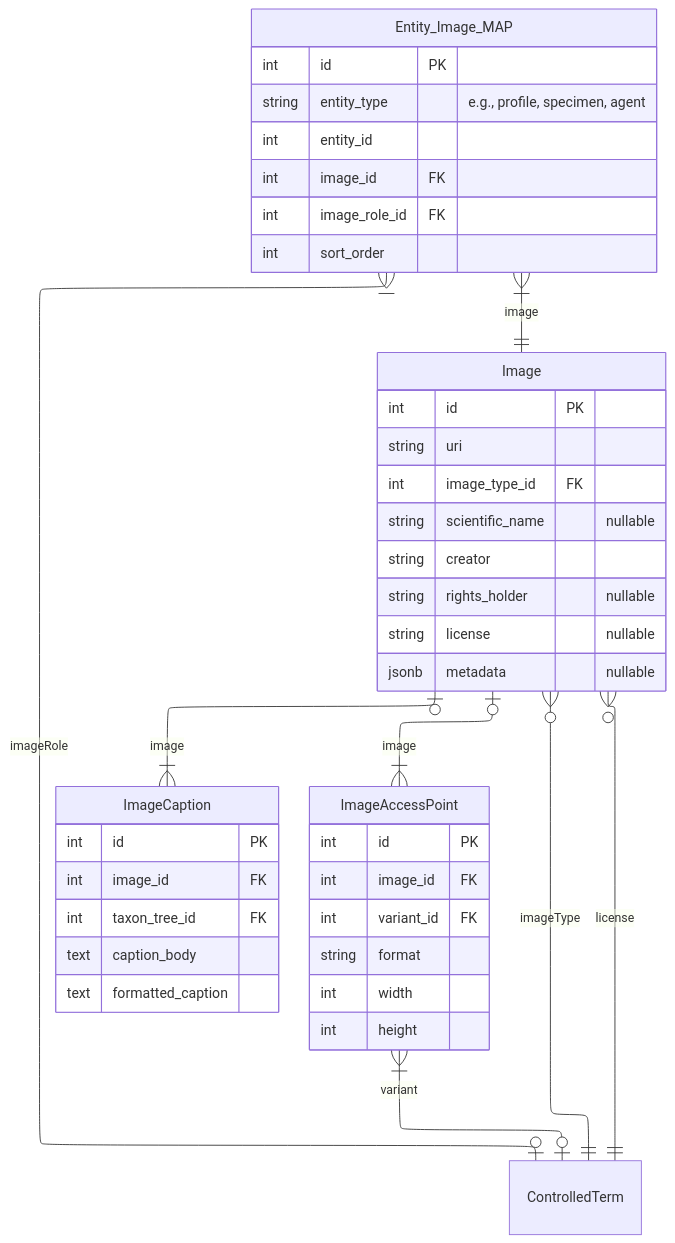
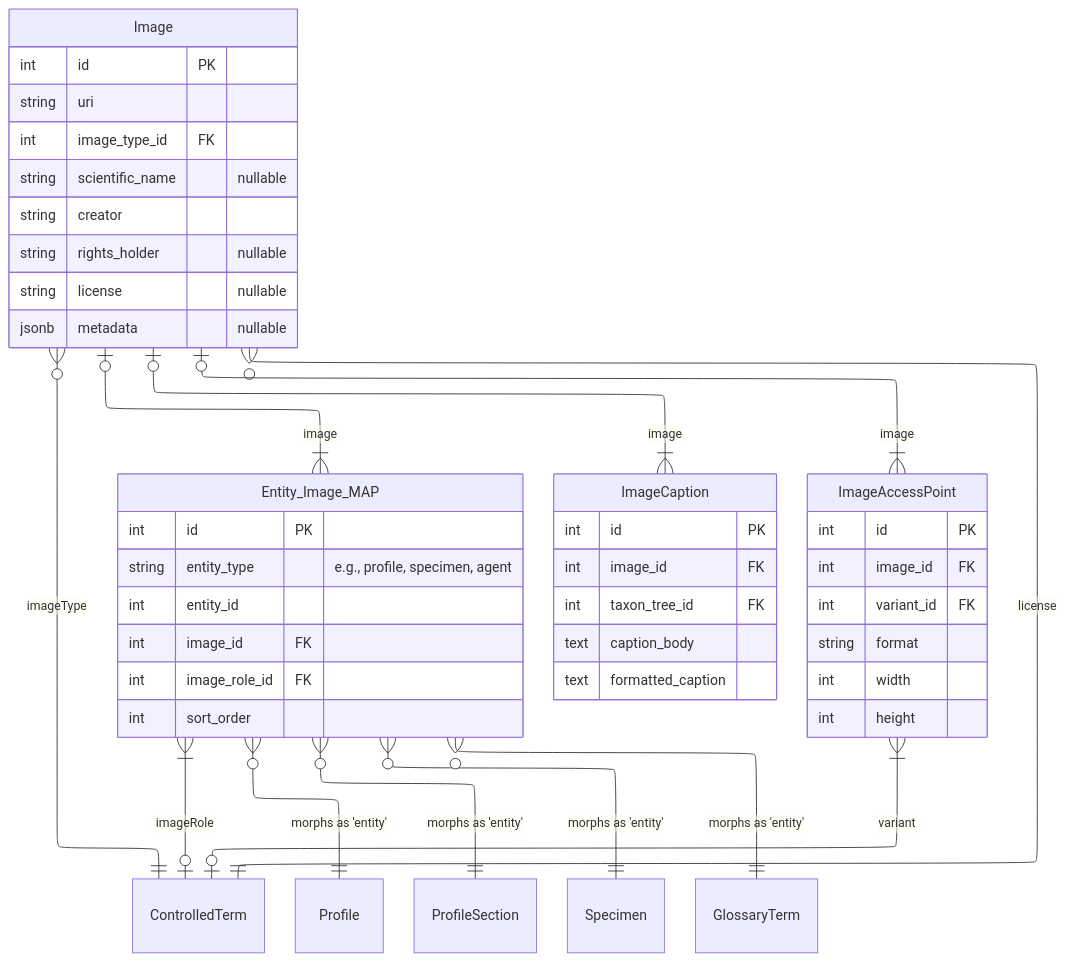
One commit to vicflora/vicflora-data-model-2026 changed diagram 14 of 18 in docs/layers.md. Above: the diagram before and after it, drawn with Mermaid. The commit also changed other lines of this file and 2 other files, not shown here.

````diff
--- a/docs/layers.md
+++ b/docs/layers.md
@@ -751,55 +835,60 @@
 ```mermaid
 ---
 config:
   layout: elk
 ---
 erDiagram
-    Entity_Image_MAP }|--|| Image : "image"
+    Image |o--|{ Entity_Image_MAP : "image"
     Entity_Image_MAP }|--o| ControlledTerm : "imageRole"
+
+    Entity_Image_MAP }o--|| Profile : "morphs as 'entity'"
+    Entity_Image_MAP }o--|| ProfileSection : "morphs as 'entity'"
+    Entity_Image_MAP }o--|| Specimen : "morphs as 'entity'"
+    Entity_Image_MAP }o--|| GlossaryTerm : "morphs as 'entity'"
 
     Image |o--|{ ImageCaption : "image"
 
     
     Image }o--|| ControlledTerm : "imageType"
     Image }o--|| ControlledTerm : "license"
 
     Image |o--|{ ImageAccessPoint : "image"
     ImageAccessPoint }|--o| ControlledTerm : "variant"
 
     Entity_Image_MAP {
         int id PK
         string entity_type "e.g., profile, specimen, agent"
         int entity_id
         int image_id FK
         int image_role_id FK
         int sort_order
     }
 
     Image {
         int id PK
         string uri
         int image_type_id FK
         string scientific_name "nullable"
         string creator
         string rights_holder "nullable"
         string license "nullable"
         jsonb metadata "nullable"
     }
 
     ImageCaption {
       int id PK
       int image_id FK
       int taxon_tree_id FK
       text caption_body 
       text formatted_caption
     }
 
     ImageAccessPoint {
       int id PK
       int image_id FK
       int variant_id FK
       string format
       int width
       int height
     }
 ```
````
